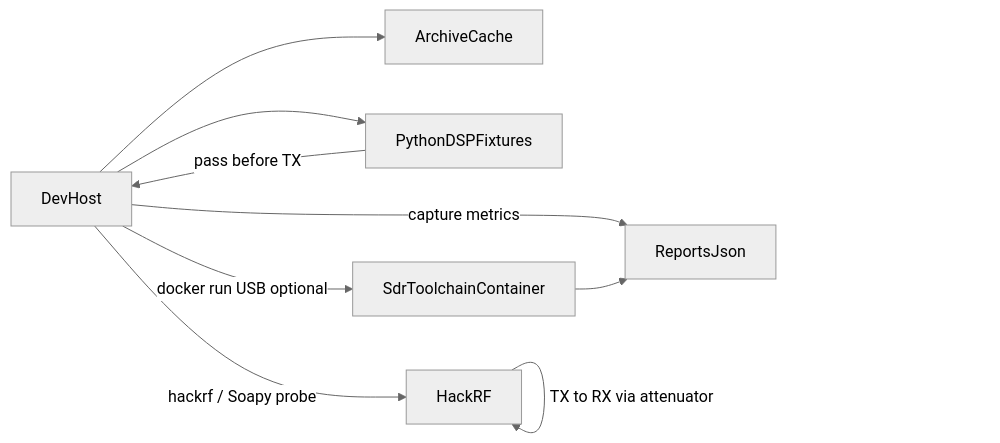
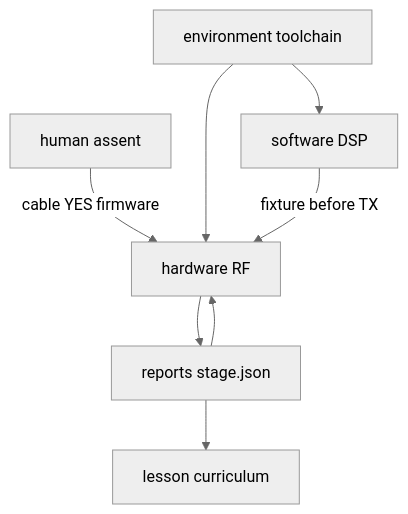
One commit to fractalclockwork/rad-lab changed the diagram in README.md. Above: the diagram before and after it, drawn with Mermaid (neutral theme). The commit also changed other lines of this file and 184 other files, not shown here.

````diff
--- a/README.md
+++ b/README.md
@@ -44,17 +57,16 @@
 ```mermaid
-flowchart LR
-  host[DevHost]
-  cache[ArchiveCache]
-  sim[PythonDSPFixtures]
-  container[SdrToolchainContainer]
-  device[HackRF]
-  reports[ReportsJson]
-  host --> cache
-  host --> sim
-  sim -->|"pass before TX"| host
-  host -->|"docker run USB optional"| container
-  host -->|"hackrf / Soapy probe"| device
-  device -->|"TX to RX via attenuator"| device
-  host -->|"capture metrics"| reports
-  container --> reports
+flowchart TB
+  human[human assent]
+  env[environment toolchain]
+  soft[software DSP]
+  hw[hardware RF]
+  evidence[reports stage.json]
+  lesson[lesson curriculum]
+  human -->|"cable YES firmware"| hw
+  env --> soft
+  env --> hw
+  soft -->|"fixture before TX"| hw
+  hw --> evidence
+  evidence --> lesson
+  evidence --> hw
 ```
````
